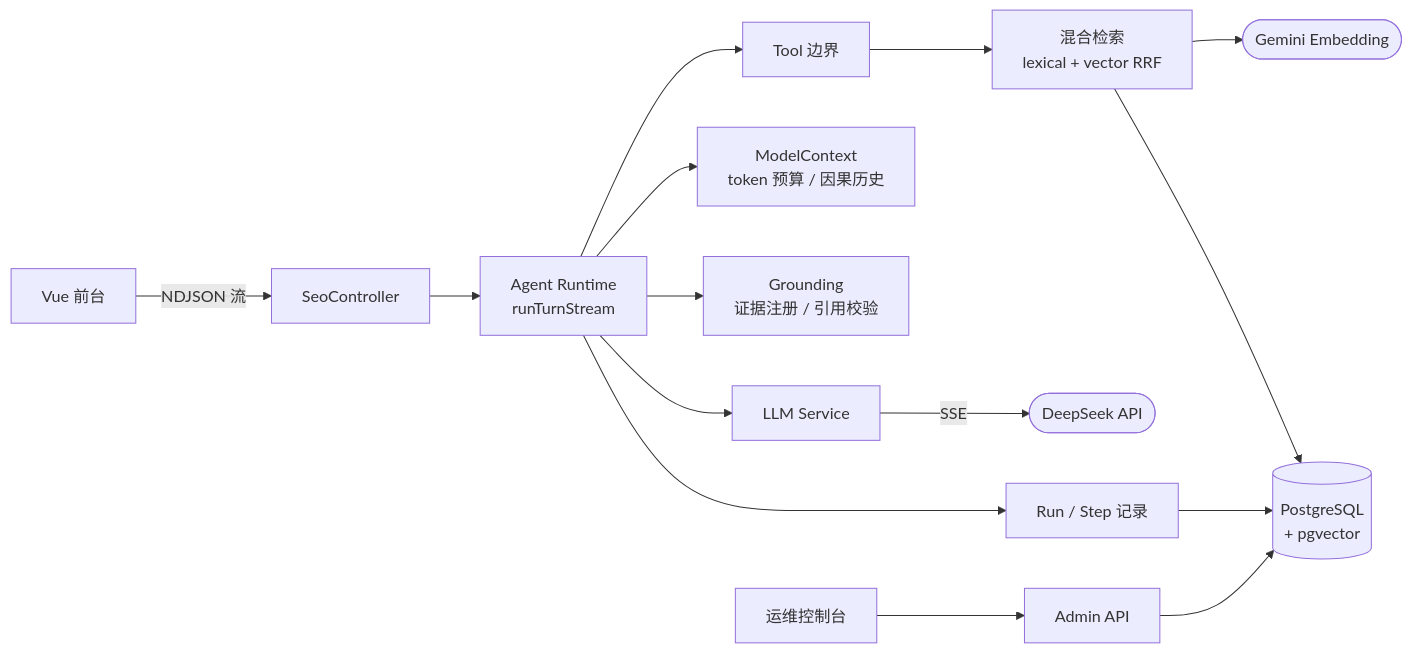
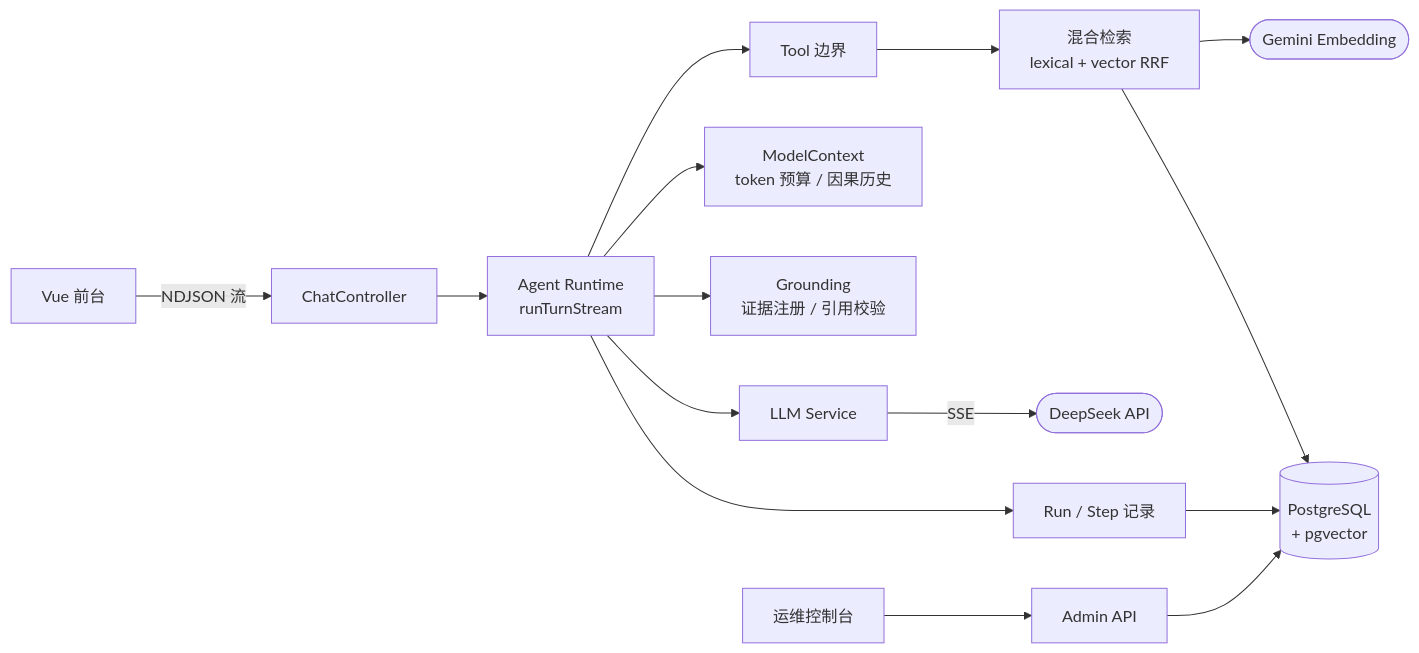
The diagram in README.md (mufeiyu-ayu/agent), drawn with Mermaid before and after one commit. The commit also changed other lines of this file and 66 other files, not shown here.

````diff
--- a/README.md
+++ b/README.md
@@ -27,14 +27,14 @@
 ```mermaid
 flowchart LR
-    Web[Vue 前台] -->|NDJSON 流| API[SeoController]
+    Web[Vue 前台] -->|NDJSON 流| API[ChatController]
     Admin[运维控制台] --> AdminAPI[Admin API]
     API --> Runtime[Agent Runtime<br/>runTurnStream]
     Runtime --> Context[ModelContext<br/>token 预算 / 因果历史]
     Runtime --> Grounding[Grounding<br/>证据注册 / 引用校验]
     Runtime --> LLM[LLM Service] -->|SSE| DeepSeek([DeepSeek API])
     Runtime --> Tools[Tool 边界] --> Retrieval[混合检索<br/>lexical + vector RRF]
     Retrieval --> Gemini([Gemini Embedding])
     Retrieval --> DB[(PostgreSQL<br/>+ pgvector)]
     Runtime --> Recorder[Run / Step 记录] --> DB
     AdminAPI --> DB
 ```
````
